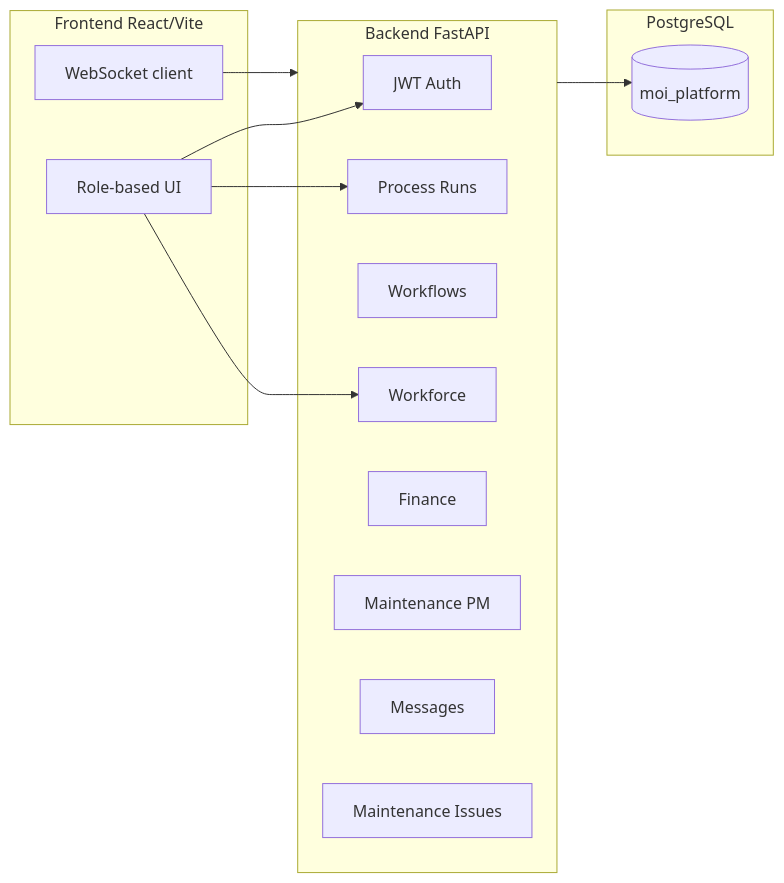
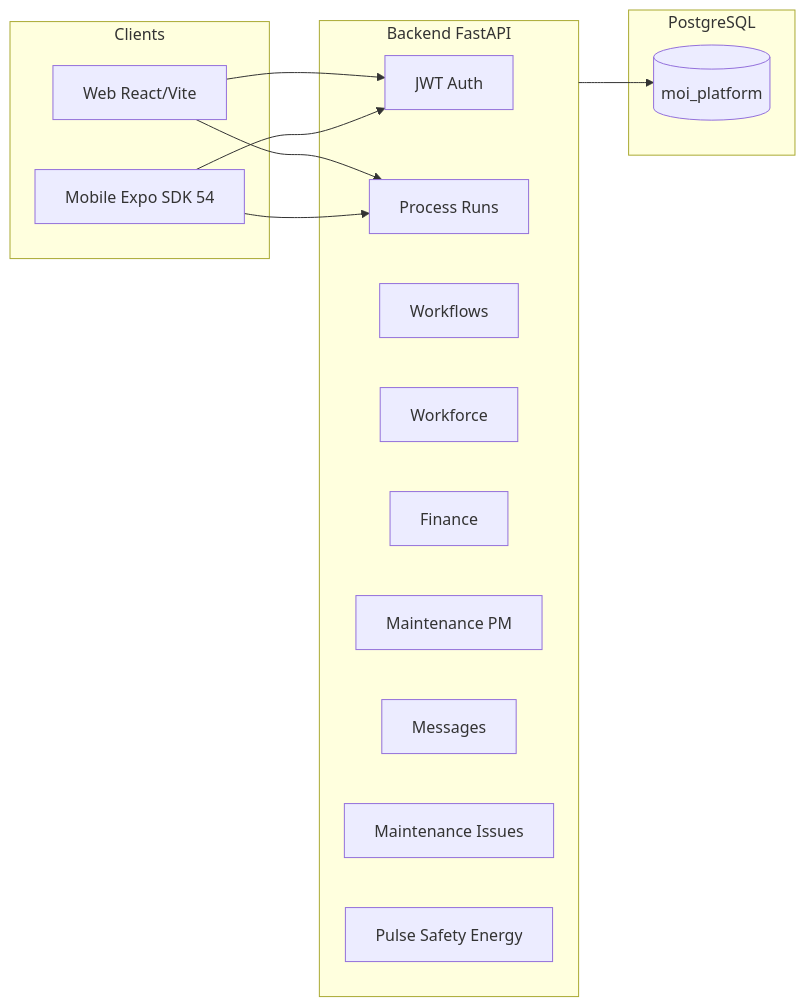
One commit to srinix18/Steel-plant-logs-manager changed the diagram in README.md. Above: the diagram before and after it, drawn with Mermaid. The commit also changed other lines of this file and 49 other files, not shown here.

First line of the commit message:
feat: enhance mobile app with My Runs and Shift functionalities

````diff
--- a/README.md
+++ b/README.md
@@ -36,25 +129,26 @@
 ```mermaid
 flowchart LR
-  subgraph client [Frontend React/Vite]
-    UI[Role-based UI]
-    WS[WebSocket client]
+  subgraph clients [Clients]
+    Web[Web React/Vite]
+    Mob[Mobile Expo SDK 54]
   end
   subgraph api [Backend FastAPI]
     Auth[JWT Auth]
     Runs[Process Runs]
     WF[Workflows]
     WFm[Workforce]
     Fin[Finance]
     PM[Maintenance PM]
     Msg[Messages]
     Maint[Maintenance Issues]
+    Pulse[Pulse Safety Energy]
   end
   subgraph data [PostgreSQL]
     DB[(moi_platform)]
   end
-  UI --> Auth
-  UI --> Runs
-  UI --> WFm
-  WS --> api
+  Web --> Auth
+  Mob --> Auth
+  Web --> Runs
+  Mob --> Runs
   api --> DB
 ```
````
